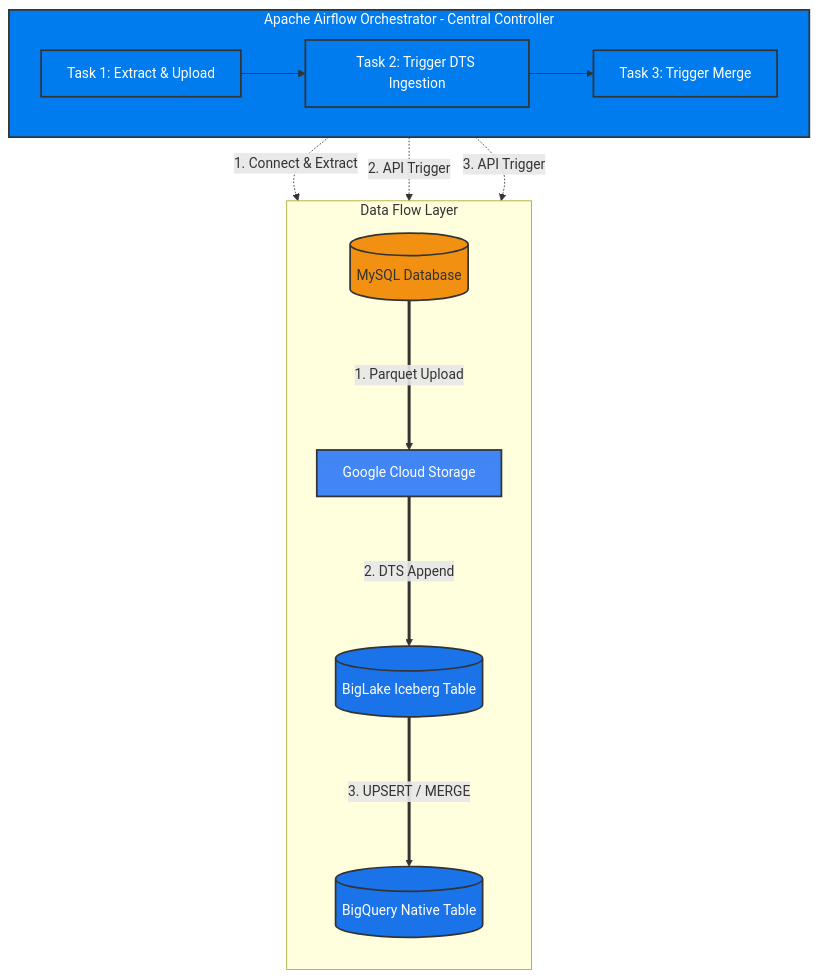
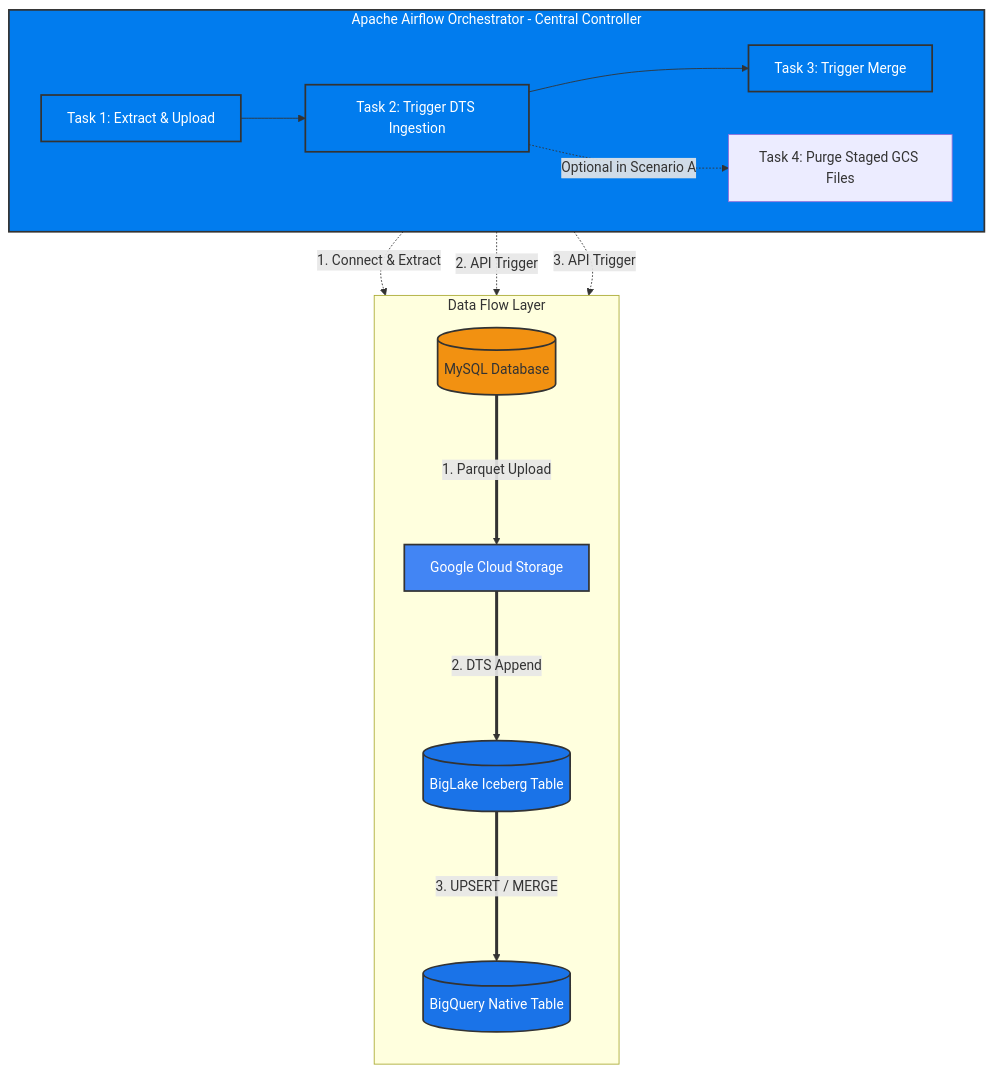
One commit to mchoirulgx/BigQuery-BigLake changed the diagram in docs/03_dts_to_iceberg/07_dts_parquet_airflow_orchestration.md. Above: the diagram before and after it, drawn with Mermaid. The commit also changed other lines of this file and 7 other files, not shown here.

````diff
--- a/docs/03_dts_to_iceberg/07_dts_parquet_airflow_orchestration.md
+++ b/docs/03_dts_to_iceberg/07_dts_parquet_airflow_orchestration.md
@@ -16,29 +22,30 @@
 ```mermaid
 graph TD
     subgraph Airflow [Apache Airflow Orchestrator - Central Controller]
         direction LR
         T1[Task 1: Extract & Upload] --> T2[Task 2: Trigger DTS Ingestion] --> T3[Task 3: Trigger Merge]
+        T2 -.->|Optional in Scenario A| T4[Task 4: Purge Staged GCS Files]
     end
 
     subgraph Data_Pipeline [Data Flow Layer]
         direction TB
         DB[(MySQL Database)] ===>|1. Parquet Upload| GCS[Google Cloud Storage]
         GCS ===>|2. DTS Append| Managed[(BigLake Iceberg Table)]
         Managed ===>|3. UPSERT / MERGE| Native[(BigQuery Native Table)]
     end
 
     %% Explicit Control Flows from Airflow Tasks to Pipeline Steps
     T1 -.->|1. Connect & Extract| DB
     T2 -.->|2. API Trigger| GCS
     T3 -.->|3. API Trigger| Managed
 
     classDef airflow fill:#017cee,stroke:#333,stroke-width:2px,color:#fff;
     classDef storage fill:#4285f4,stroke:#333,stroke-width:2px,color:#fff;
     classDef bq fill:#1a73e8,stroke:#333,stroke-width:2px,color:#fff;
     classDef db fill:#f29111,stroke:#333,stroke-width:2px;
     
     class Airflow,T1,T2,T3 airflow;
     class GCS storage;
     class Managed,Native bq;
     class DB db;
 ```
````
